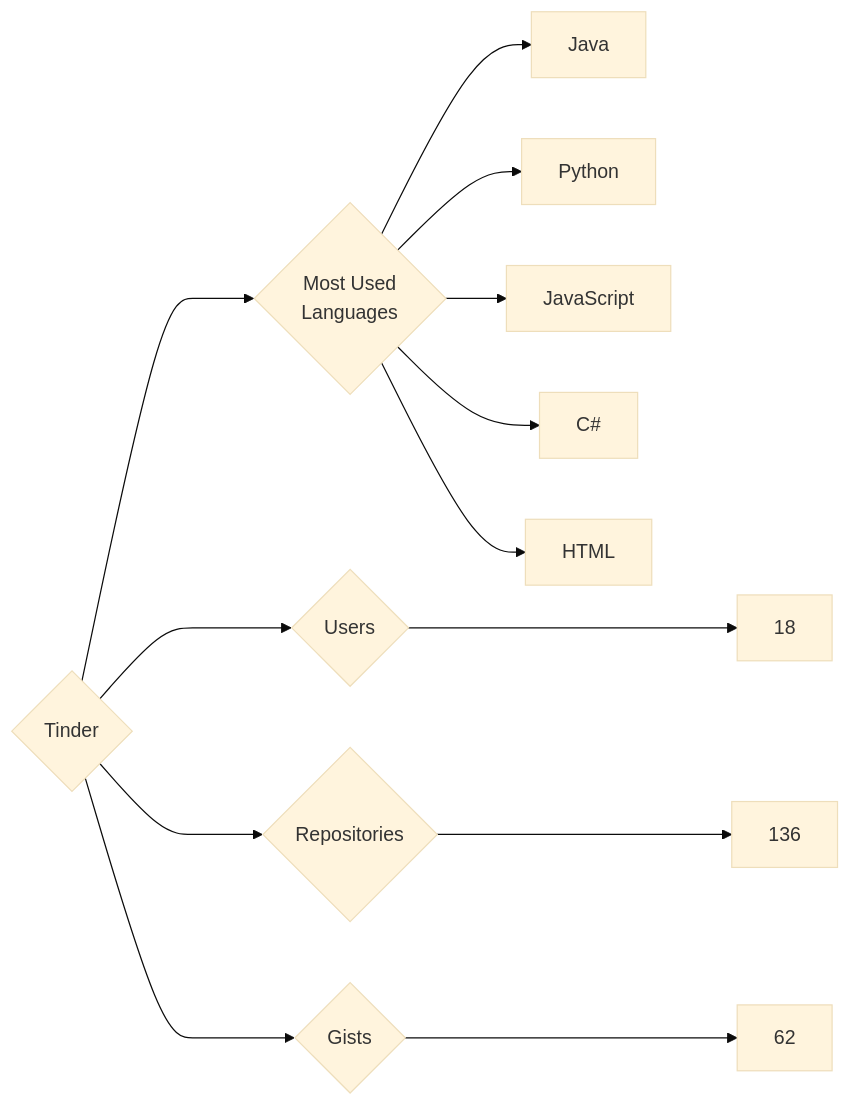
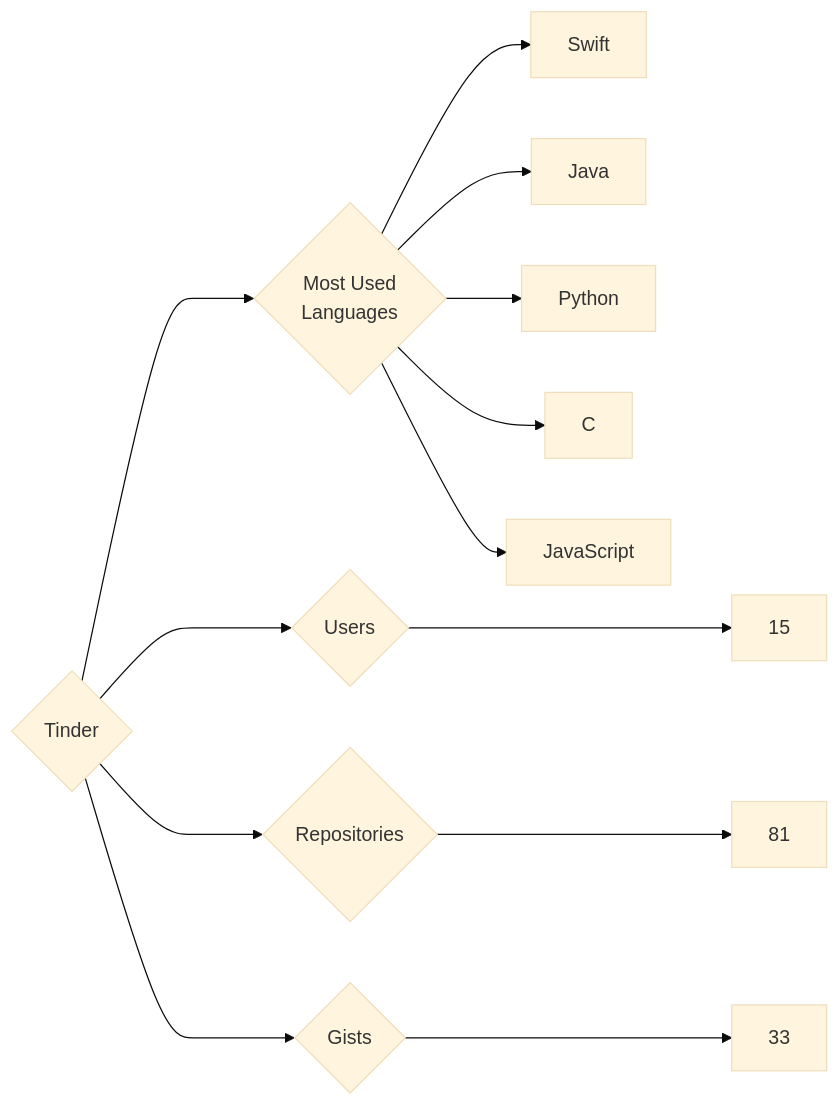
One commit to trickest/insiders changed the diagram in targets/Tinder/README.md. Above: the diagram before and after it, drawn with Mermaid (base theme). The commit also changed 912 other files, not shown here.

````diff
--- a/targets/Tinder/README.md
+++ b/targets/Tinder/README.md
@@ -3,13 +3,13 @@
 ```mermaid
 graph LR
 COMPANY_NAME{Tinder}
-COMPANY_NAME ---> U{Users} ---> UN[18]
-COMPANY_NAME ---> R{Repositories} ---> RN[136]
-COMPANY_NAME ---> G{Gists} ---> GN[62]
+COMPANY_NAME ---> U{Users} ---> UN[15]
+COMPANY_NAME ---> R{Repositories} ---> RN[81]
+COMPANY_NAME ---> G{Gists} ---> GN[33]
 COMPANY_NAME ---> ML{Most Used<br>Languages}
+ML --> Swift[Swift]
 ML --> Java[Java]
 ML --> Python[Python]
+ML --> C[C]
 ML --> JavaScript[JavaScript]
-ML --> C#[C#]
-ML --> HTML[HTML]
 ```
````
